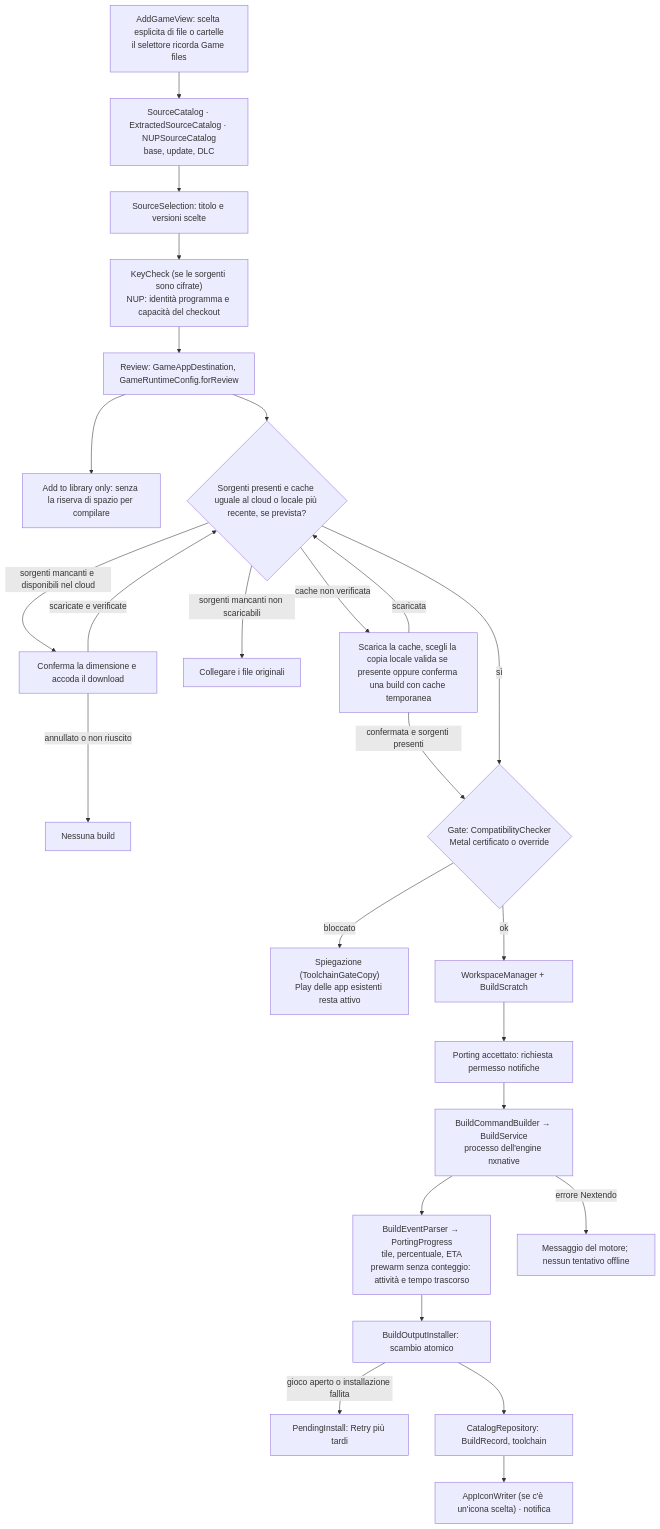
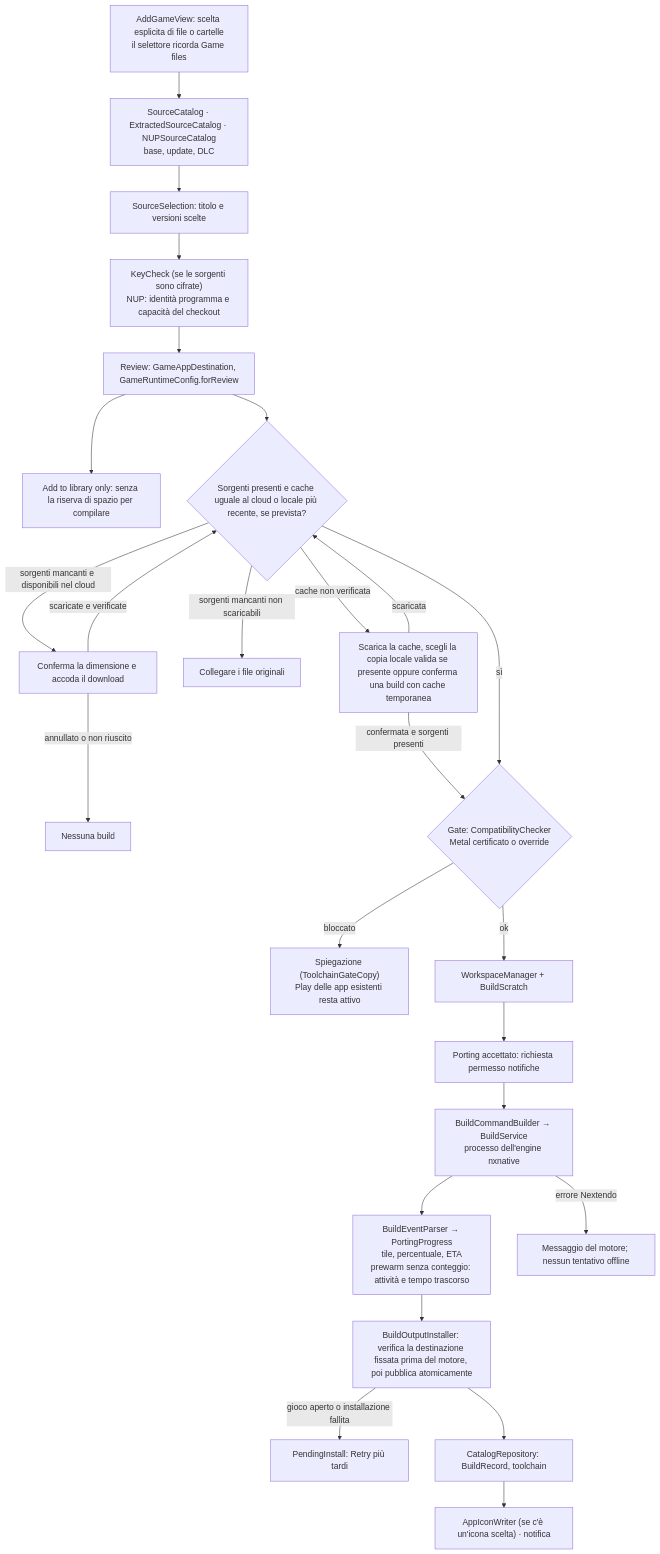
The fifth of 9 diagrams in docs/how-it-works/flows.md (sofianbll/oort-nx), drawn with Mermaid before and after one commit. The commit also changed 8 other files, not shown here.

````diff
--- a/docs/how-it-works/flows.md
+++ b/docs/how-it-works/flows.md
@@ -144,27 +144,27 @@
 ```mermaid
 flowchart TD
     A["AddGameView: scelta esplicita di file o cartelle<br/>il selettore ricorda Game files"] --> B["SourceCatalog · ExtractedSourceCatalog · NUPSourceCatalog<br/>base, update, DLC"]
     B --> C["SourceSelection: titolo e versioni scelte"]
     C --> D["KeyCheck (se le sorgenti sono cifrate)<br/>NUP: identità programma e capacità del checkout"]
     D --> E["Review: GameAppDestination, GameRuntimeConfig.forReview"]
     E --> ALO["Add to library only: senza la riserva di spazio per compilare"]
     E --> R{"Sorgenti presenti e cache uguale al cloud o locale più recente, se prevista?"}
     R -->|"sorgenti mancanti e disponibili nel cloud"| U["Conferma la dimensione e accoda il download"]
     U -->|"scaricate e verificate"| R
     U -->|"annullato o non riuscito"| P["Nessuna build"]
     R -->|"sorgenti mancanti non scaricabili"| S["Collegare i file originali"]
     R -->|"cache non verificata"| T["Scarica la cache, scegli la copia locale valida se presente oppure conferma una build con cache temporanea"]
     T -->|"scaricata"| R
     T -->|"confermata e sorgenti presenti"| F
     R -->|"sì"| F{"Gate: CompatibilityChecker<br/>Metal certificato o override"}
     F -->|"bloccato"| Z["Spiegazione (ToolchainGateCopy)<br/>Play delle app esistenti resta attivo"]
     F -->|"ok"| G["WorkspaceManager + BuildScratch"]
     G --> N["Porting accettato: richiesta permesso notifiche"]
     N --> H["BuildCommandBuilder → BuildService<br/>processo dell'engine nxnative"]
     H --> I["BuildEventParser → PortingProgress<br/>tile, percentuale, ETA<br/>prewarm senza conteggio: attività e tempo trascorso"]
     H -->|"errore Nextendo"| X["Messaggio del motore; nessun tentativo offline"]
-    I --> J["BuildOutputInstaller: scambio atomico"]
+    I --> J["BuildOutputInstaller: verifica la destinazione fissata prima del motore, poi pubblica atomicamente"]
     J -->|"gioco aperto o installazione fallita"| K["PendingInstall: Retry più tardi"]
     J --> L["CatalogRepository: BuildRecord, toolchain"]
     L --> M["AppIconWriter (se c'è un'icona scelta) · notifica"]
 ```
````
